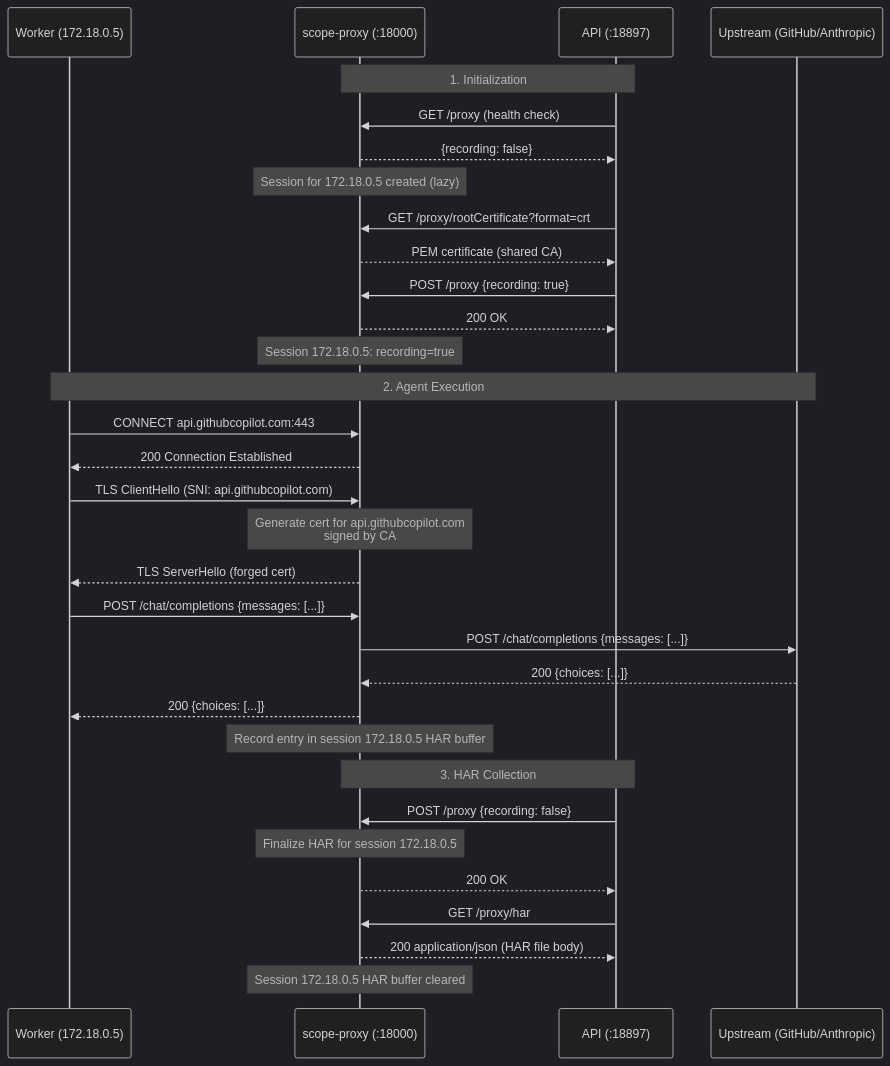
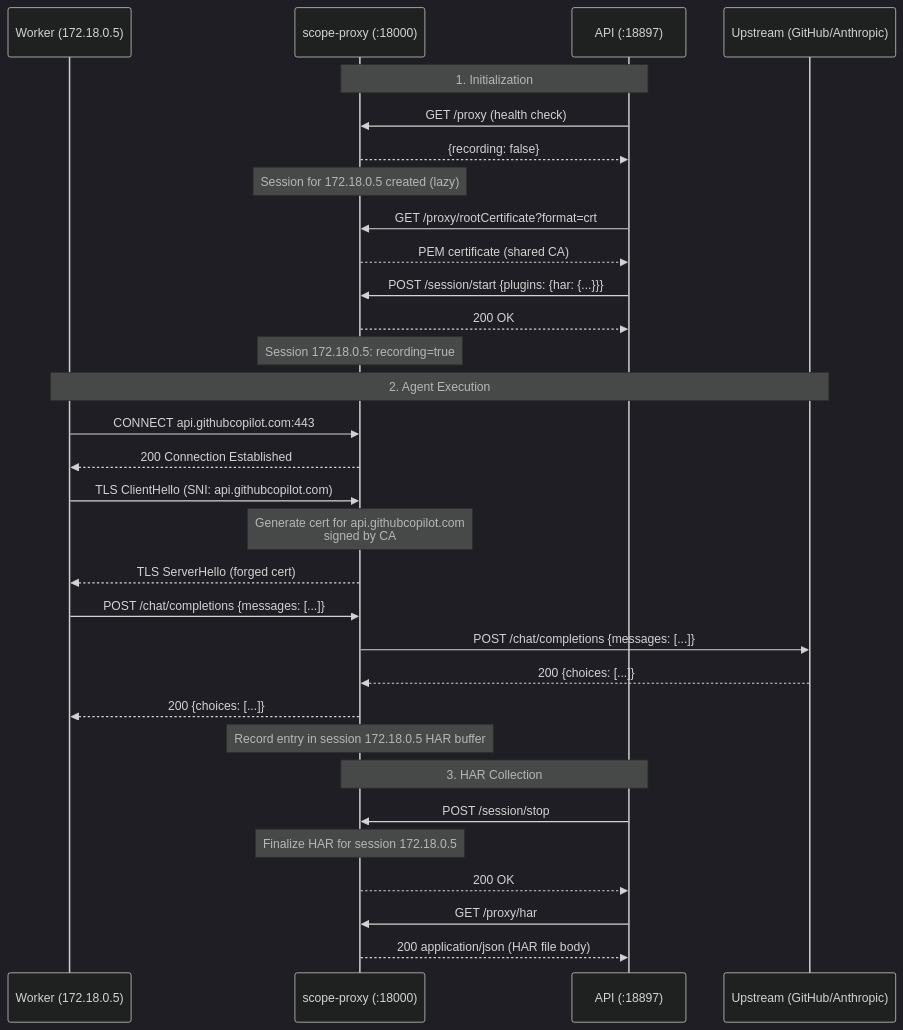
One commit to Gile987/scope changed the second of 4 diagrams in docs/design/rust-tls-proxy.md. Above: the diagram before and after it, drawn with Mermaid (dark theme). The commit also changed other lines of this file, not shown here.

Commit message:
docs: replace POST /proxy toggle with POST /session/start + /session/stop, accept per-plugin settings

````diff
--- a/docs/design/rust-tls-proxy.md
+++ b/docs/design/rust-tls-proxy.md
@@ -82,37 +82,36 @@
 ```mermaid
 sequenceDiagram
     participant W as Worker (172.18.0.5)
     participant P as scope-proxy (:18000)
     participant A as API (:18897)
     participant U as Upstream (GitHub/Anthropic)
 
     Note over A,P: 1. Initialization
     A->>P: GET /proxy (health check)
     P-->>A: {recording: false}
     Note over P: Session for 172.18.0.5 created (lazy)
     A->>P: GET /proxy/rootCertificate?format=crt
     P-->>A: PEM certificate (shared CA)
-    A->>P: POST /proxy {recording: true}
+    A->>P: POST /session/start {plugins: {har: {...}}}
     P-->>A: 200 OK
     Note over P: Session 172.18.0.5: recording=true
 
     Note over W,U: 2. Agent Execution
     W->>P: CONNECT api.githubcopilot.com:443
     P-->>W: 200 Connection Established
     W->>P: TLS ClientHello (SNI: api.githubcopilot.com)
     Note over P: Generate cert for api.githubcopilot.com<br/>signed by CA
     P-->>W: TLS ServerHello (forged cert)
     W->>P: POST /chat/completions {messages: [...]}
     P->>U: POST /chat/completions {messages: [...]}
     U-->>P: 200 {choices: [...]}
     P-->>W: 200 {choices: [...]}
     Note over P: Record entry in session 172.18.0.5 HAR buffer
 
     Note over A,P: 3. HAR Collection
-    A->>P: POST /proxy {recording: false}
+    A->>P: POST /session/stop
     Note over P: Finalize HAR for session 172.18.0.5
     P-->>A: 200 OK
     A->>P: GET /proxy/har
     P-->>A: 200 application/json (HAR file body)
-    Note over P: Session 172.18.0.5 HAR buffer cleared
 ```
````
